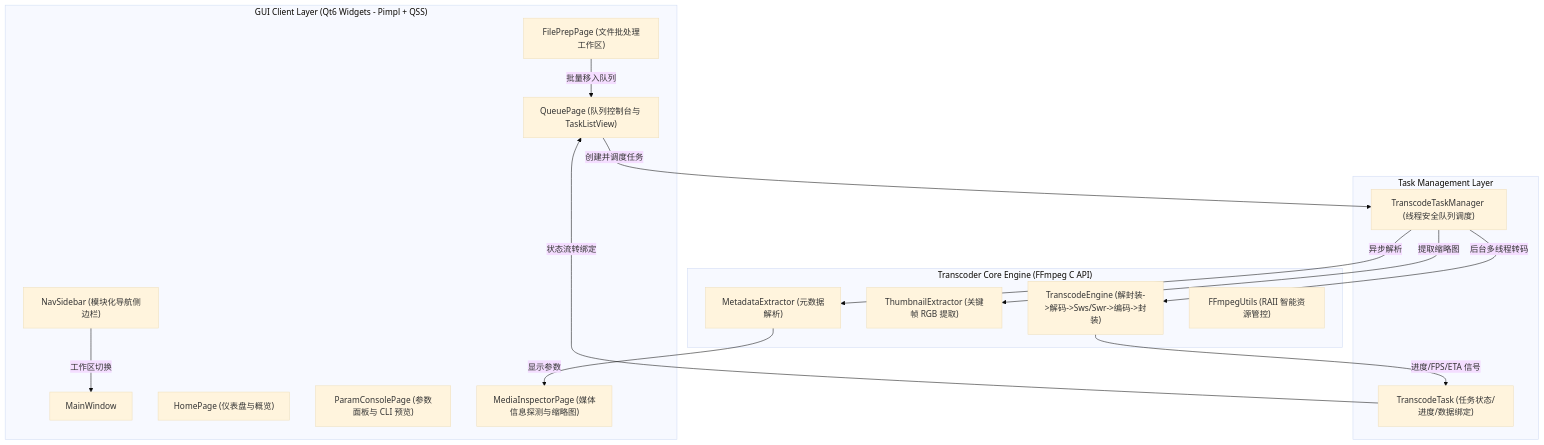
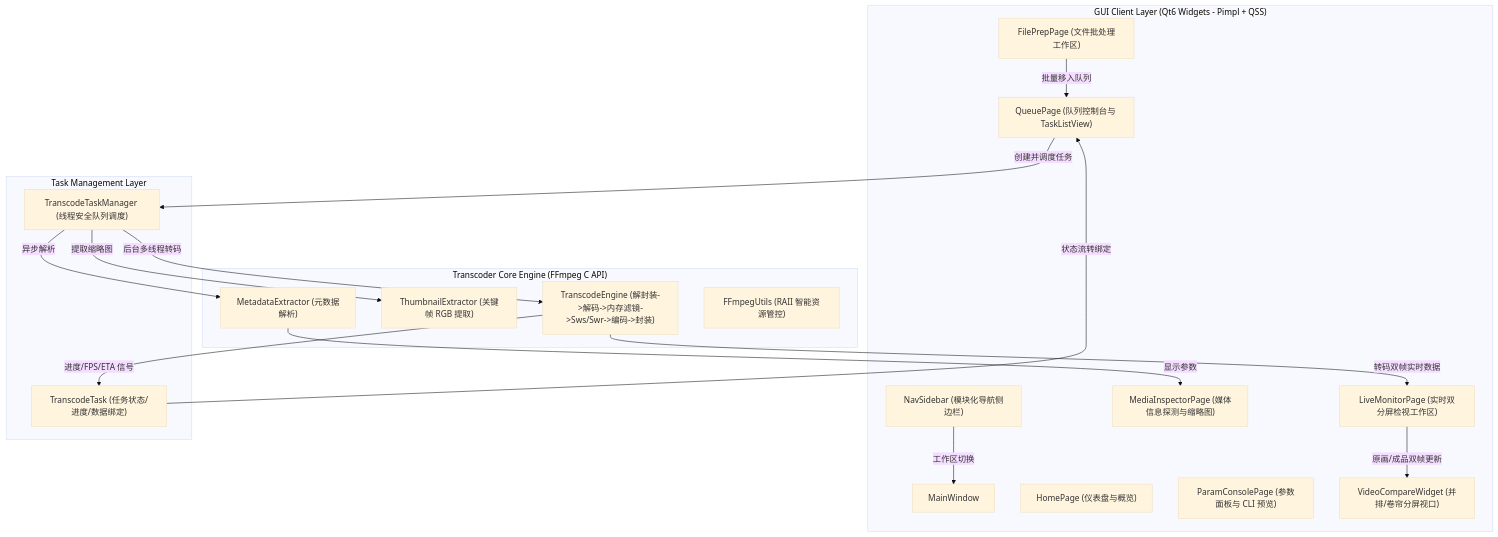
The diagram in README.md (hammerers/ffmpegTransCoder), drawn with Mermaid (base theme) before and after one commit. The commit also changed other lines of this file and 16 other files, not shown here.

````diff
--- a/README.md
+++ b/README.md
@@ -59,34 +67,38 @@
 ```mermaid
 graph TD
     subgraph UI ["GUI Client Layer (Qt6 Widgets - Pimpl + QSS)"]
         MainWindow["MainWindow"]
         NavSidebar["NavSidebar (模块化导航侧边栏)"]
         HomePage["HomePage (仪表盘与概览)"]
         QueuePage["QueuePage (队列控制台与 TaskListView)"]
         FilePrepPage["FilePrepPage (文件批处理工作区)"]
         ParamConsolePage["ParamConsolePage (参数面板与 CLI 预览)"]
         MediaInspectorPage["MediaInspectorPage (媒体信息探测与缩略图)"]
+        LiveMonitorPage["LiveMonitorPage (实时双分屏检视工作区)"]
+        VideoCompareWidget["VideoCompareWidget (并排/卷帘分屏视口)"]
     end
 
     subgraph Manager ["Task Management Layer"]
         TaskManager["TranscodeTaskManager (线程安全队列调度)"]
         TaskEntity["TranscodeTask (任务状态/进度/数据绑定)"]
     end
 
     subgraph CoreEngine ["Transcoder Core Engine (FFmpeg C API)"]
         MetadataExtractor["MetadataExtractor (元数据解析)"]
         ThumbnailExtractor["ThumbnailExtractor (关键帧 RGB 提取)"]
-        TranscodeEngine["TranscodeEngine (解封装->解码->Sws/Swr->编码->封装)"]
+        TranscodeEngine["TranscodeEngine (解封装->解码->内存滤镜->Sws/Swr->编码->封装)"]
         FFmpegUtils["FFmpegUtils (RAII 智能资源管控)"]
     end
 
     NavSidebar -->|工作区切换| MainWindow
     FilePrepPage -->|批量移入队列| QueuePage
     QueuePage -->|创建并调度任务| TaskManager
     TaskManager -->|异步解析| MetadataExtractor
     TaskManager -->|提取缩略图| ThumbnailExtractor
     TaskManager -->|后台多线程转码| TranscodeEngine
     TranscodeEngine -->|进度/FPS/ETA 信号| TaskEntity
+    TranscodeEngine -->|转码双帧实时数据| LiveMonitorPage
+    LiveMonitorPage -->|原画/成品双帧更新| VideoCompareWidget
     TaskEntity -->|状态流转绑定| QueuePage
     MetadataExtractor -->|显示参数| MediaInspectorPage
 ```
````
